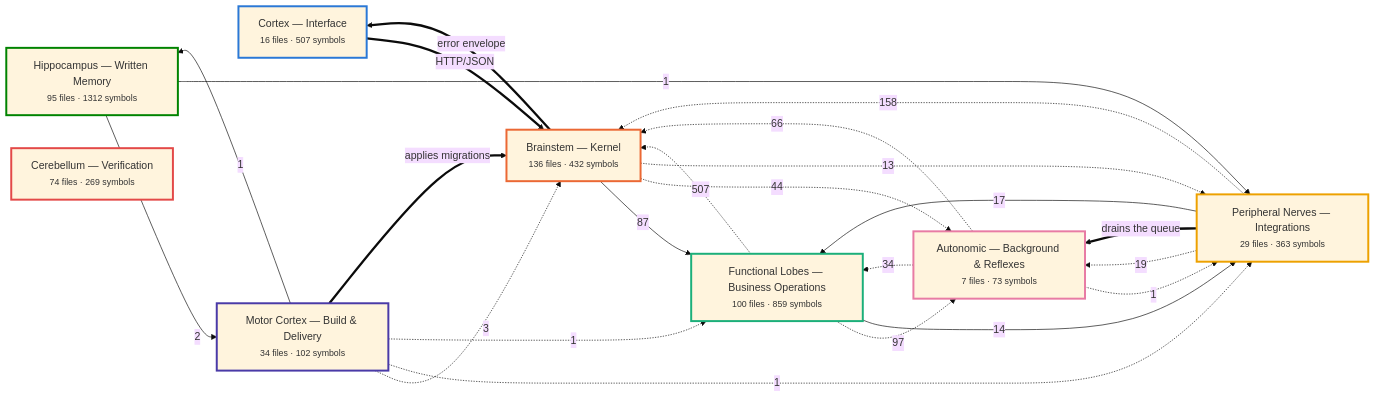
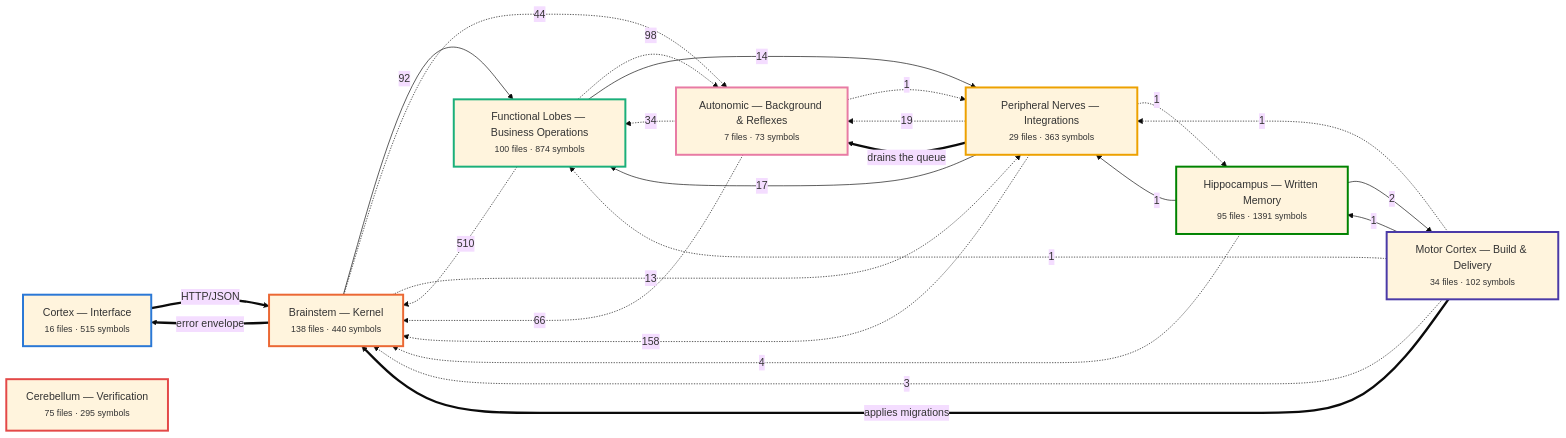
One commit to Vishalnayak226/custom_erp changed the first of 7 diagrams in docs/brain/BRAIN.md. Above: the diagram before and after it, drawn with Mermaid (base theme). The commit also changed other lines of this file and 13 other files, not shown here.

````diff
--- a/docs/brain/BRAIN.md
+++ b/docs/brain/BRAIN.md
@@ -35,49 +35,51 @@
 ```mermaid
 flowchart LR
-  n_cortex["Cortex — Interface<br/><small>16 files · 507 symbols</small>"]
-  n_brainstem["Brainstem — Kernel<br/><small>136 files · 432 symbols</small>"]
-  n_business["Functional Lobes — Business Operations<br/><small>100 files · 859 symbols</small>"]
+  n_cortex["Cortex — Interface<br/><small>16 files · 515 symbols</small>"]
+  n_brainstem["Brainstem — Kernel<br/><small>138 files · 440 symbols</small>"]
+  n_business["Functional Lobes — Business Operations<br/><small>100 files · 874 symbols</small>"]
   n_peripheral["Peripheral Nerves — Integrations<br/><small>29 files · 363 symbols</small>"]
   n_autonomic["Autonomic — Background & Reflexes<br/><small>7 files · 73 symbols</small>"]
-  n_memory["Hippocampus — Written Memory<br/><small>95 files · 1312 symbols</small>"]
+  n_memory["Hippocampus — Written Memory<br/><small>95 files · 1391 symbols</small>"]
   n_motor["Motor Cortex — Build & Delivery<br/><small>34 files · 102 symbols</small>"]
-  n_verification["Cerebellum — Verification<br/><small>74 files · 269 symbols</small>"]
-  n_business -.->|507| n_brainstem
+  n_verification["Cerebellum — Verification<br/><small>75 files · 295 symbols</small>"]
+  n_business -.->|510| n_brainstem
   n_peripheral -.->|158| n_brainstem
-  n_business -.->|97| n_autonomic
-  n_brainstem -->|87| n_business
+  n_business -.->|98| n_autonomic
+  n_brainstem -->|92| n_business
   n_autonomic -.->|66| n_brainstem
   n_brainstem -.->|44| n_autonomic
   n_autonomic -.->|34| n_business
   n_peripheral -.->|19| n_autonomic
   n_peripheral -->|17| n_business
   n_business -->|14| n_peripheral
   n_brainstem -.->|13| n_peripheral
+  n_memory -.->|4| n_brainstem
   n_motor -.->|3| n_brainstem
   n_memory -->|2| n_motor
+  n_motor -.->|1| n_business
+  n_peripheral -.->|1| n_memory
   n_motor -.->|1| n_peripheral
+  n_memory -->|1| n_peripheral
   n_autonomic -.->|1| n_peripheral
-  n_memory -->|1| n_peripheral
-  n_motor -.->|1| n_business
   n_motor -->|1| n_memory
   n_brainstem ==>|error envelope| n_cortex
   n_cortex ==>|HTTP/JSON| n_brainstem
   n_motor ==>|applies migrations| n_brainstem
   n_peripheral ==>|drains the queue| n_autonomic
   classDef n_cortex stroke:#2a78d6,stroke-width:3px;
   class n_cortex n_cortex;
   classDef n_brainstem stroke:#eb6834,stroke-width:3px;
   class n_brainstem n_brainstem;
   classDef n_business stroke:#1baf7a,stroke-width:3px;
   class n_business n_business;
   classDef n_peripheral stroke:#eda100,stroke-width:3px;
   class n_peripheral n_peripheral;
   classDef n_autonomic stroke:#e87ba4,stroke-width:3px;
   class n_autonomic n_autonomic;
   classDef n_memory stroke:#008300,stroke-width:3px;
   class n_memory n_memory;
   classDef n_motor stroke:#4a3aa7,stroke-width:3px;
   class n_motor n_motor;
   classDef n_verification stroke:#e34948,stroke-width:3px;
   class n_verification n_verification;
 ```
````
